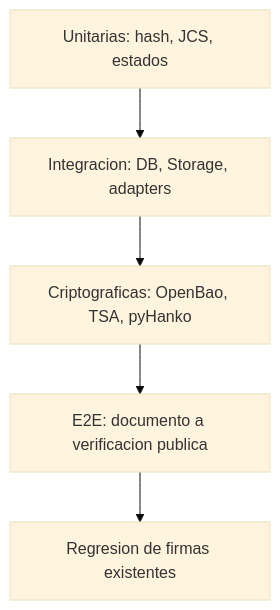
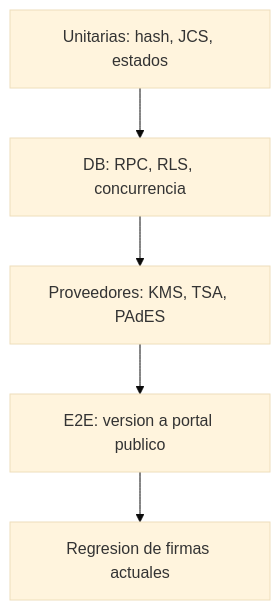
The diagram in docs/crypto/test-plan.md (docuboxapp-art/docubox), drawn with Mermaid (base theme) before and after one commit. The commit also changed other lines of this file and 86 other files, not shown here.

````diff
--- a/docs/crypto/test-plan.md
+++ b/docs/crypto/test-plan.md
@@ -7,7 +7,7 @@
 ```mermaid
 flowchart TB
-  U["Unitarias: hash, JCS, estados"] --> I["Integracion: DB, Storage, adapters"]
-  I --> C["Criptograficas: OpenBao, TSA, pyHanko"]
-  C --> E["E2E: documento a verificacion publica"]
-  E --> R["Regresion de firmas existentes"]
+  U["Unitarias: hash, JCS, estados"] --> D["DB: RPC, RLS, concurrencia"]
+  D --> P["Proveedores: KMS, TSA, PAdES"]
+  P --> E["E2E: version a portal publico"]
+  E --> R["Regresion de firmas actuales"]
 ```
````
